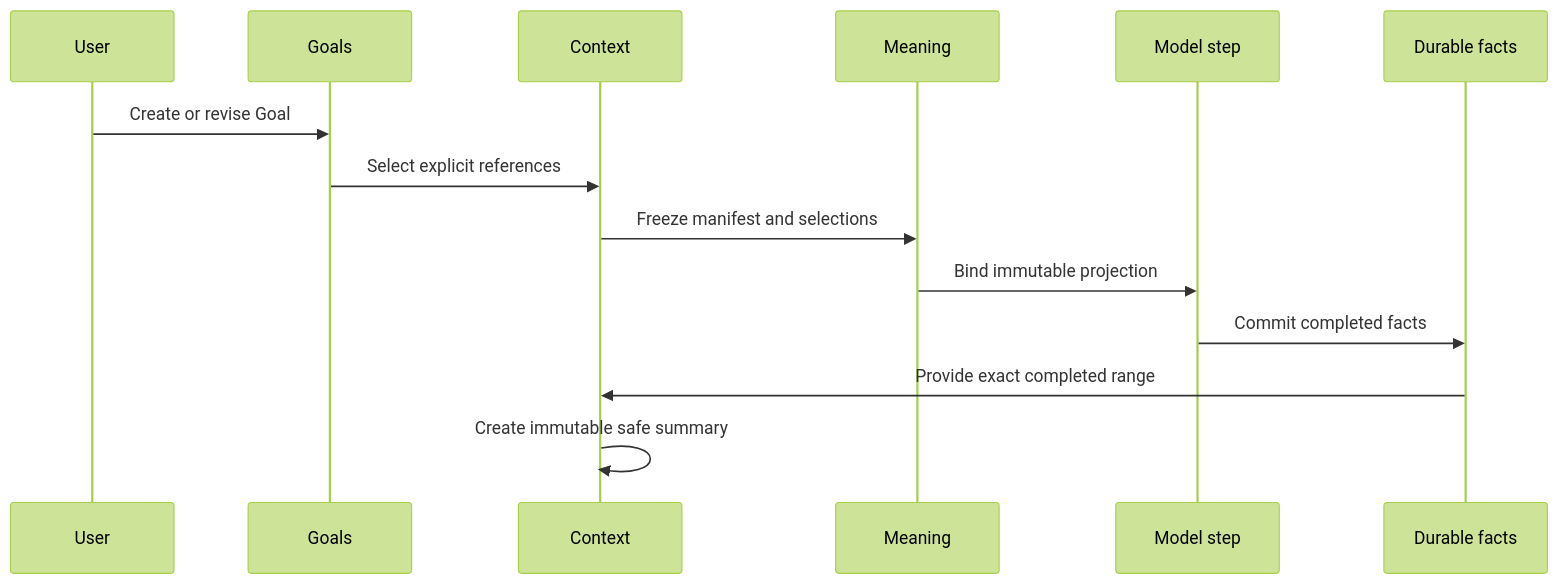
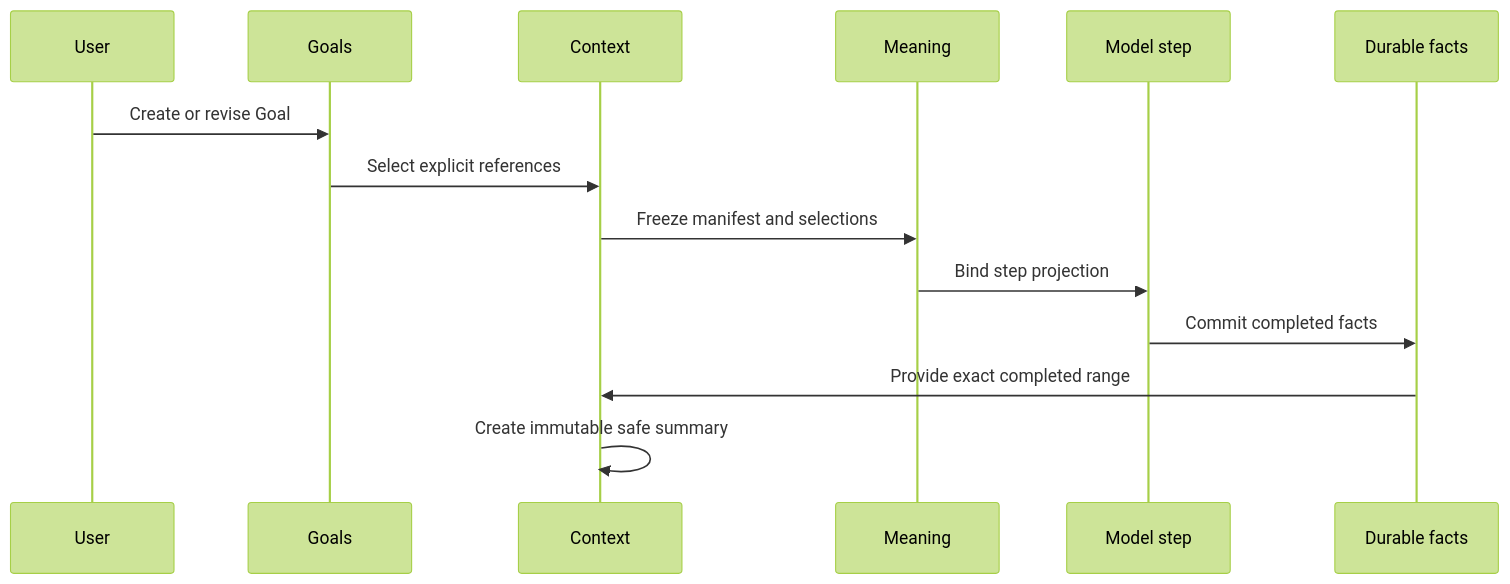
One commit to y0tsy/intention-relay changed the diagram in docs/intention-relay/architecture/21-goals-skills-context-memory-and-compaction.md. Above: the diagram before and after it, drawn with Mermaid (forest theme). The commit also changed other lines of this file and 104 other files, not shown here.

````diff
--- a/docs/intention-relay/architecture/21-goals-skills-context-memory-and-compaction.md
+++ b/docs/intention-relay/architecture/21-goals-skills-context-memory-and-compaction.md
@@ -315,17 +319,17 @@
 ```mermaid
 sequenceDiagram
   participant U as User
   participant G as Goals
   participant C as Context
   participant M as Meaning
   participant S as Model step
   participant F as Durable facts
 
   U->>G: Create or revise Goal
   G->>C: Select explicit references
   C->>M: Freeze manifest and selections
-  M->>S: Bind immutable projection
+  M->>S: Bind step projection
   S->>F: Commit completed facts
   F->>C: Provide exact completed range
   C->>C: Create immutable safe summary
 ```
````
